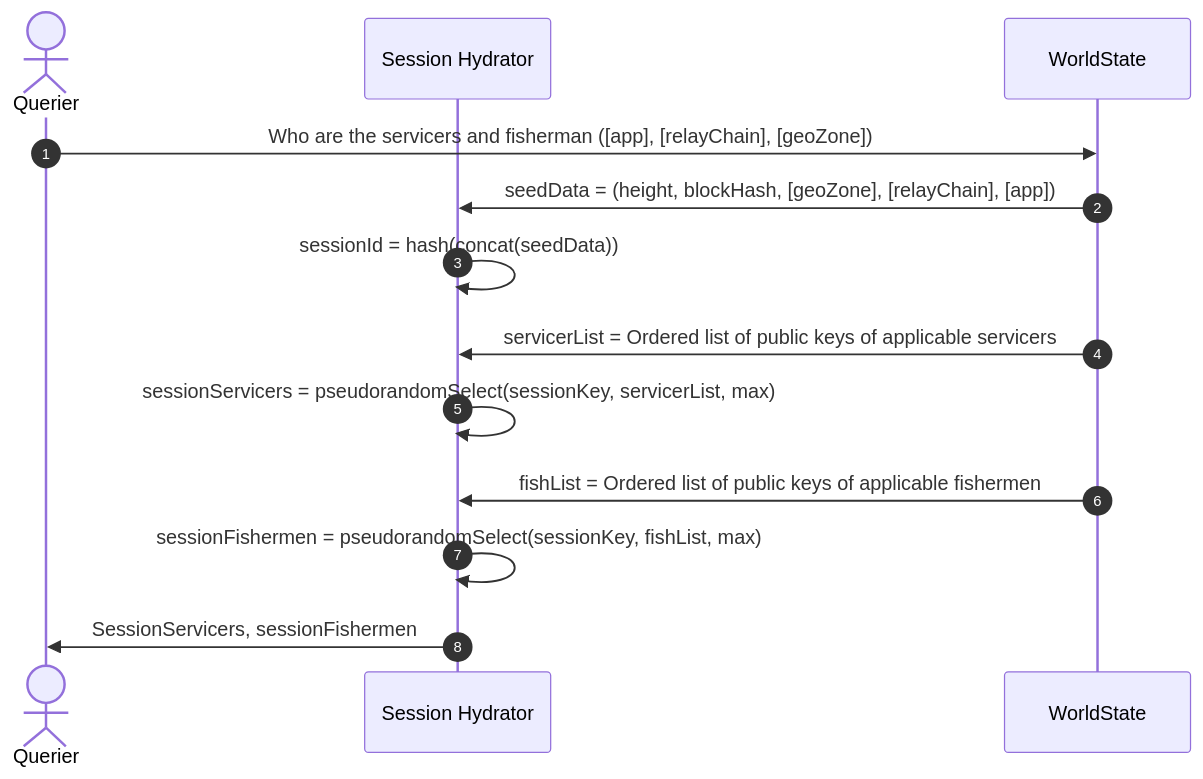
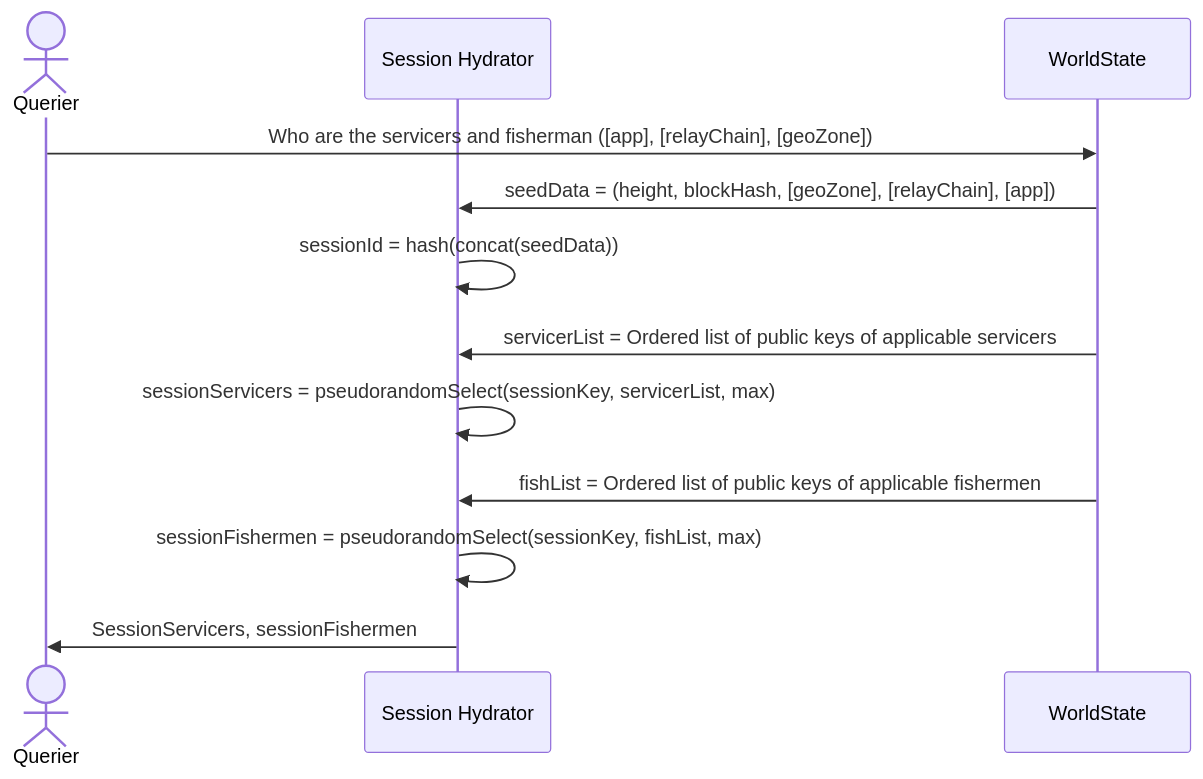
One commit to pokt-network/pocket changed the diagram in utility/doc/PROTOCOL_SESSION.md. Above: the diagram before and after it, drawn with Mermaid. The commit also changed 1 other file, not shown here.

Commit message:
MInor NIT comments

````diff
--- a/utility/doc/PROTOCOL_SESSION.md
+++ b/utility/doc/PROTOCOL_SESSION.md
@@ -31,22 +31,20 @@
 ```mermaid
 sequenceDiagram
-    autonumber
-
     %% The `Querier` is anyone (app or not) that asks to retrieve session metadata
     actor Q AS Querier
 
     participant S AS Session Hydrator
     participant WS AS WorldState
 
     Q->>WS: Who are the servicers and fisherman ([app], [relayChain], [geoZone])
     WS->>S: seedData = (height, blockHash, [geoZone], [relayChain], [app])
 
     S->>S: sessionId = hash(concat(seedData))
     WS->>S: servicerList = Ordered list of public keys of applicable servicers
 
     S->>S: sessionServicers = pseudorandomSelect(sessionKey, servicerList, max)
     WS->>S: fishList = Ordered list of public keys of applicable fishermen
 
     S->>S: sessionFishermen = pseudorandomSelect(sessionKey, fishList, max)
     S->>Q: SessionServicers, sessionFishermen
 ```
````
